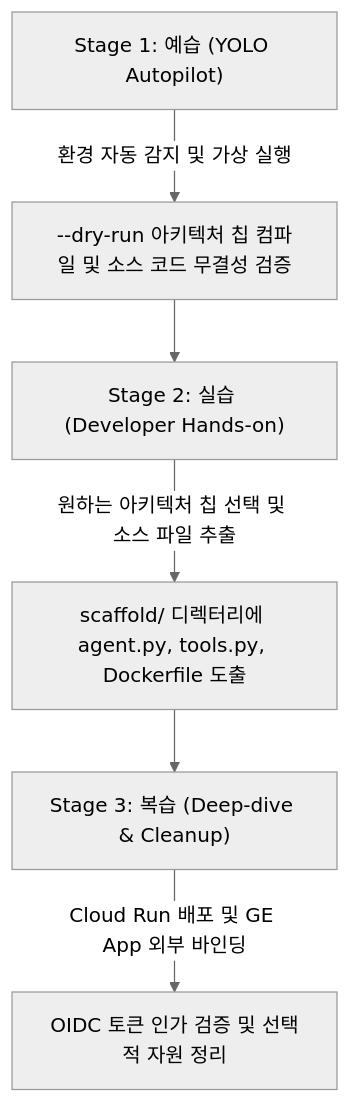
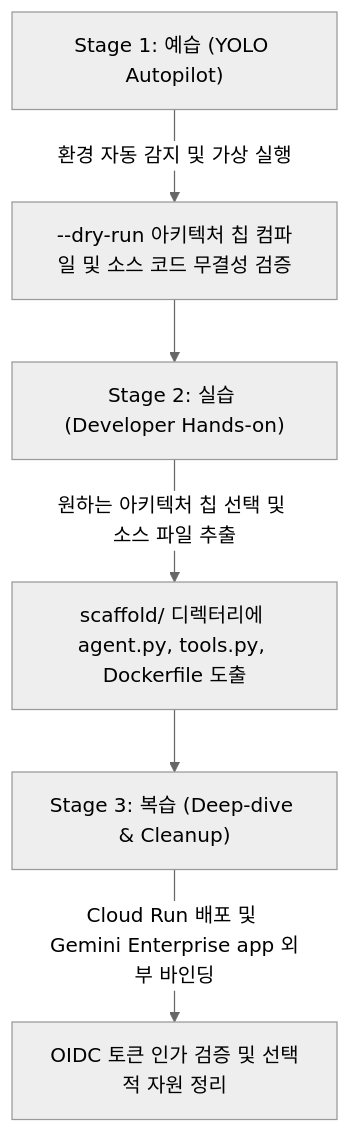
The diagram in .agents/skills/gemini-enterprise-agent-factory-custom/SKILL.md (jiangjun-forge/google-cloud-0-to-1), drawn with Mermaid (neutral theme) before and after one commit. The commit also changed other lines of this file and 34 other files, not shown here.

````diff
--- a/.agents/skills/gemini-enterprise-agent-factory-custom/SKILL.md
+++ b/.agents/skills/gemini-enterprise-agent-factory-custom/SKILL.md
@@ -35,8 +35,8 @@
 ```mermaid
 flowchart TD
     A["Stage 1: 예습 (YOLO Autopilot)"] -->|환경 자동 감지 및 가상 실행| B["--dry-run 아키텍처 칩 컴파일 및 소스 코드 무결성 검증"]
     B --> C["Stage 2: 실습 (Developer Hands-on)"]
     C -->|원하는 아키텍처 칩 선택 및 소스 파일 추출| D["scaffold/ 디렉터리에 agent.py, tools.py, Dockerfile 도출"]
     D --> E["Stage 3: 복습 (Deep-dive & Cleanup)"]
-    E -->|Cloud Run 배포 및 GE App 외부 바인딩| F["OIDC 토큰 인가 검증 및 선택적 자원 정리"]
+    E -->|Cloud Run 배포 및 Gemini Enterprise app 외부 바인딩| F["OIDC 토큰 인가 검증 및 선택적 자원 정리"]
 ```
````
